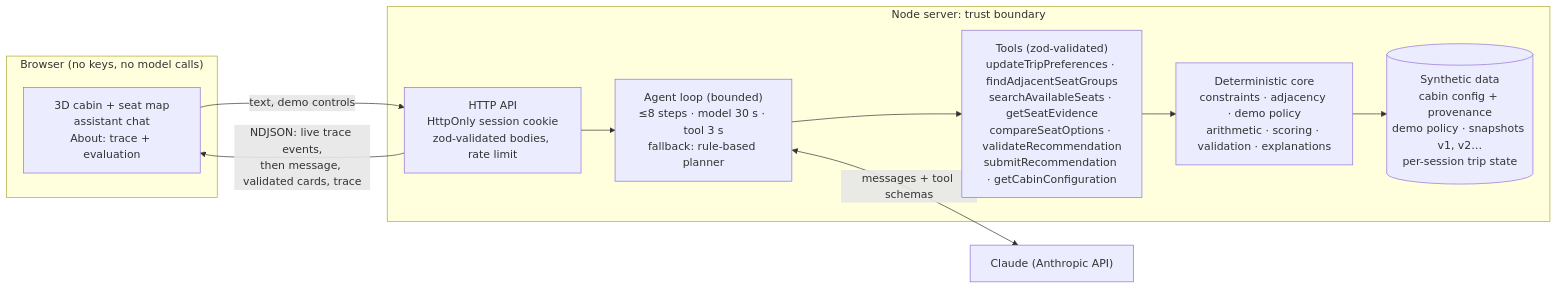
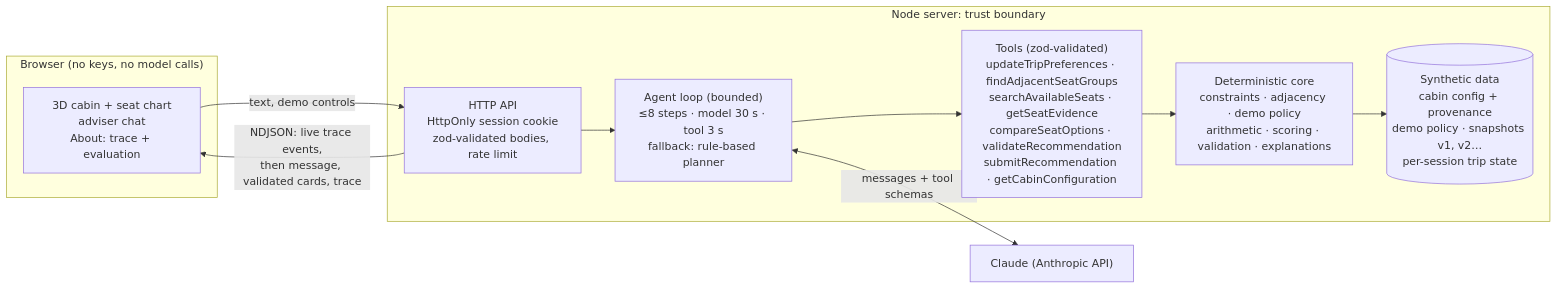
The diagram in docs/architecture.md (Mohammed-890/seat-scout), drawn with Mermaid before and after one commit. The commit also changed other lines of this file and 7 other files, not shown here.

````diff
--- a/docs/architecture.md
+++ b/docs/architecture.md
@@ -3,18 +3,18 @@
 ```mermaid
 flowchart LR
   subgraph Browser["Browser (no keys, no model calls)"]
-    UI["3D cabin + seat map<br/>assistant chat<br/>About: trace + evaluation"]
+    UI["3D cabin + seat chart<br/>adviser chat<br/>About: trace + evaluation"]
   end
   subgraph Server["Node server: trust boundary"]
     API["HTTP API<br/>HttpOnly session cookie<br/>zod-validated bodies, rate limit"]
     AG["Agent loop (bounded)<br/>≤8 steps · model 30 s · tool 3 s<br/>fallback: rule-based planner"]
     TOOLS["Tools (zod-validated)<br/>updateTripPreferences · findAdjacentSeatGroups<br/>searchAvailableSeats · getSeatEvidence<br/>compareSeatOptions · validateRecommendation<br/>submitRecommendation · getCabinConfiguration"]
     CORE["Deterministic core<br/>constraints · adjacency · demo policy<br/>arithmetic · scoring · validation · explanations"]
     DATA[("Synthetic data<br/>cabin config + provenance<br/>demo policy · snapshots v1, v2…<br/>per-session trip state")]
   end
   LLM["Claude (Anthropic API)"]
   UI -- "text, demo controls" --> API --> AG
   AG <-- "messages + tool schemas" --> LLM
   AG --> TOOLS --> CORE --> DATA
   API -- "NDJSON: live trace events,<br/>then message, validated cards, trace" --> UI
 ```
````
